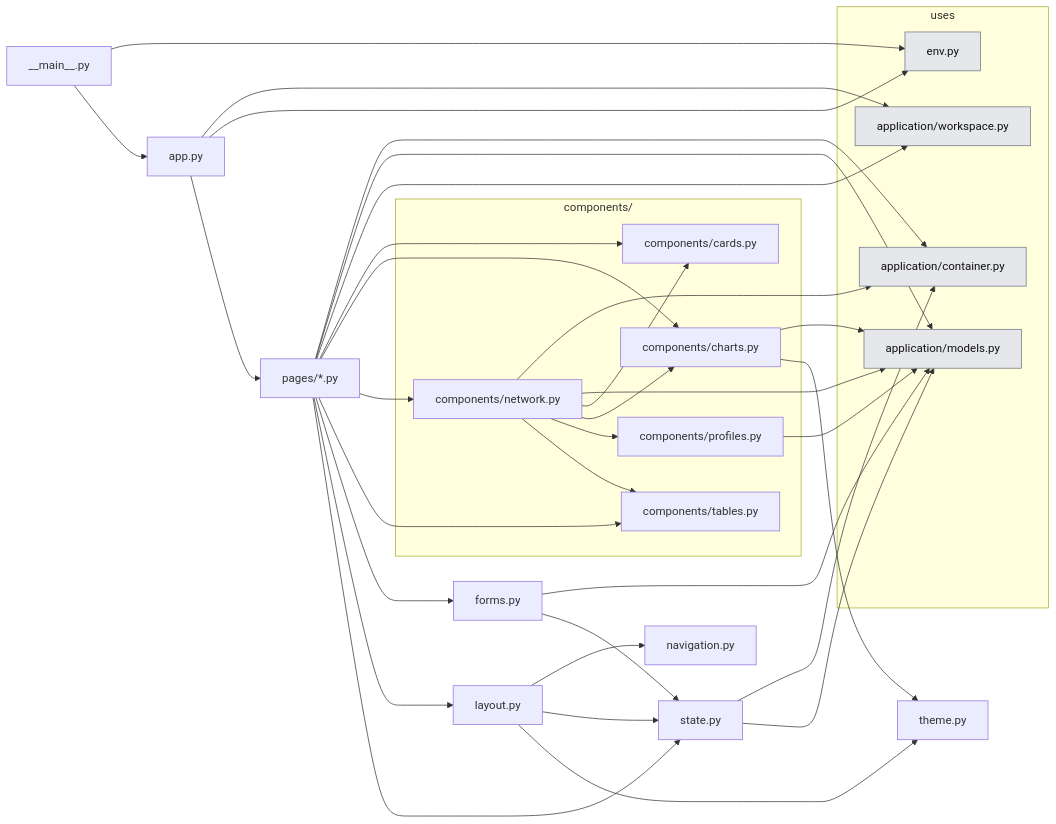
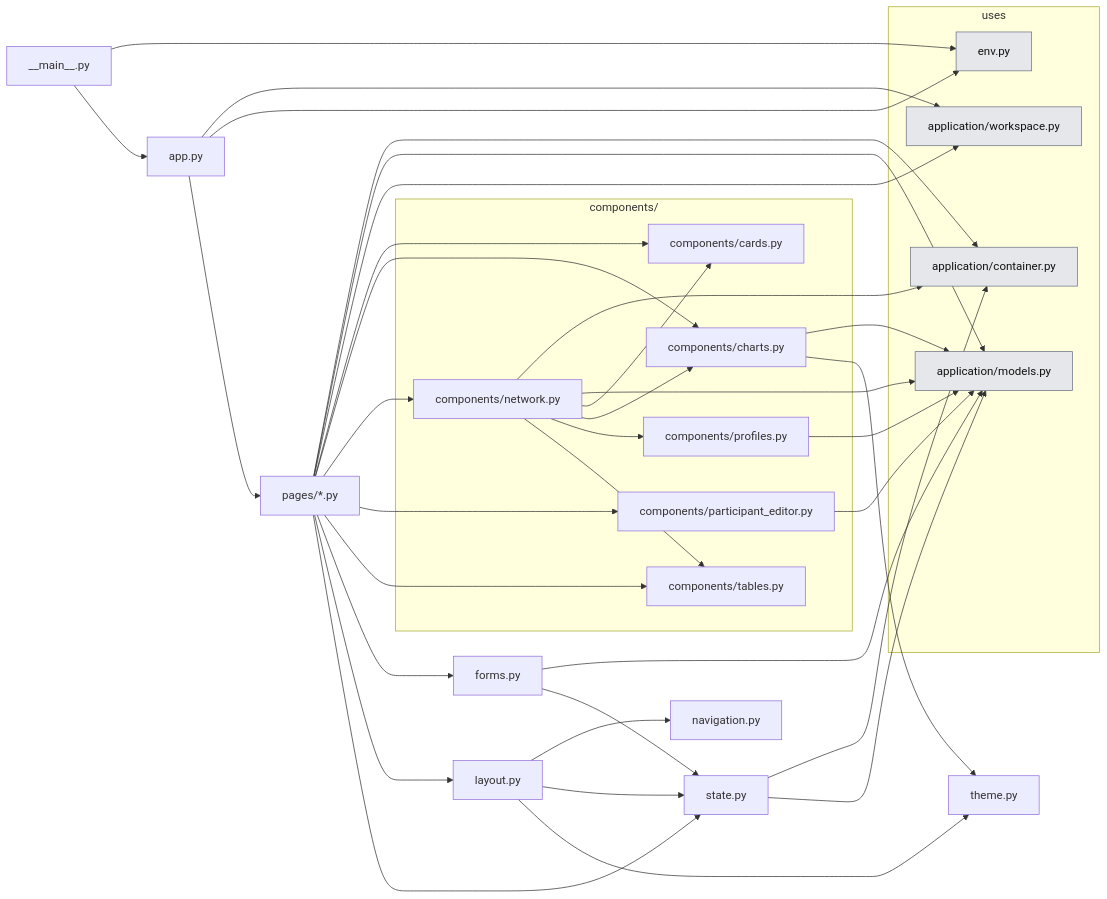
The second of 3 diagrams in docs_thesis/thesis/architecture/05-presentation.md (KevinRapo/P2P-thesis), drawn with Mermaid before and after one commit. The commit also changed other lines of this file and 4 other files, not shown here.

````diff
--- a/docs_thesis/thesis/architecture/05-presentation.md
+++ b/docs_thesis/thesis/architecture/05-presentation.md
@@ -50,56 +50,59 @@
 ```mermaid
 flowchart LR
   n_studio___main__["__main__.py"]
   n_studio_app["app.py"]
   n_studio_forms["forms.py"]
   n_studio_layout["layout.py"]
   n_studio_navigation["navigation.py"]
   n_studio_pages__["pages/*.py"]
   n_studio_state["state.py"]
   n_studio_theme["theme.py"]
   subgraph g_components["components/"]
     n_studio_components_cards["components/cards.py"]
     n_studio_components_charts["components/charts.py"]
     n_studio_components_network["components/network.py"]
+    n_studio_components_participant_editor["components/participant_editor.py"]
     n_studio_components_profiles["components/profiles.py"]
     n_studio_components_tables["components/tables.py"]
   end
   subgraph USES["uses"]
     n_application_container["application/container.py"]:::ext
     n_application_models["application/models.py"]:::ext
     n_application_workspace["application/workspace.py"]:::ext
     n_env["env.py"]:::ext
   end
   n_studio___main__ --> n_env
   n_studio___main__ --> n_studio_app
   n_studio_app --> n_application_workspace
   n_studio_app --> n_env
   n_studio_app --> n_studio_pages__
   n_studio_components_charts --> n_application_models
   n_studio_components_charts --> n_studio_theme
   n_studio_components_network --> n_application_container
   n_studio_components_network --> n_application_models
   n_studio_components_network --> n_studio_components_cards
   n_studio_components_network --> n_studio_components_charts
   n_studio_components_network --> n_studio_components_profiles
   n_studio_components_network --> n_studio_components_tables
+  n_studio_components_participant_editor --> n_application_models
   n_studio_components_profiles --> n_application_models
   n_studio_forms --> n_application_models
   n_studio_forms --> n_studio_state
   n_studio_layout --> n_studio_navigation
   n_studio_layout --> n_studio_state
   n_studio_layout --> n_studio_theme
   n_studio_pages__ --> n_application_container
   n_studio_pages__ --> n_application_models
   n_studio_pages__ --> n_application_workspace
   n_studio_pages__ --> n_studio_components_cards
   n_studio_pages__ --> n_studio_components_charts
   n_studio_pages__ --> n_studio_components_network
+  n_studio_pages__ --> n_studio_components_participant_editor
   n_studio_pages__ --> n_studio_components_tables
   n_studio_pages__ --> n_studio_forms
   n_studio_pages__ --> n_studio_layout
   n_studio_pages__ --> n_studio_state
   n_studio_state --> n_application_container
   n_studio_state --> n_application_models
   classDef ext fill:#e5e7eb,stroke:#6b7280,color:#111
 ```
````
